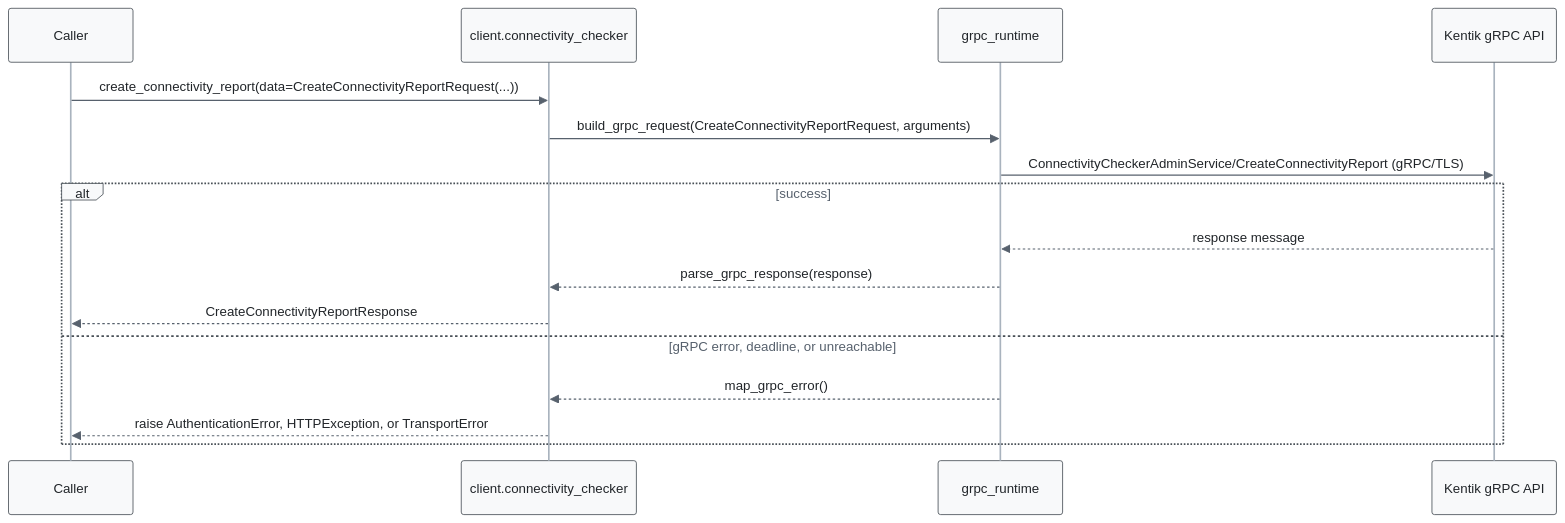
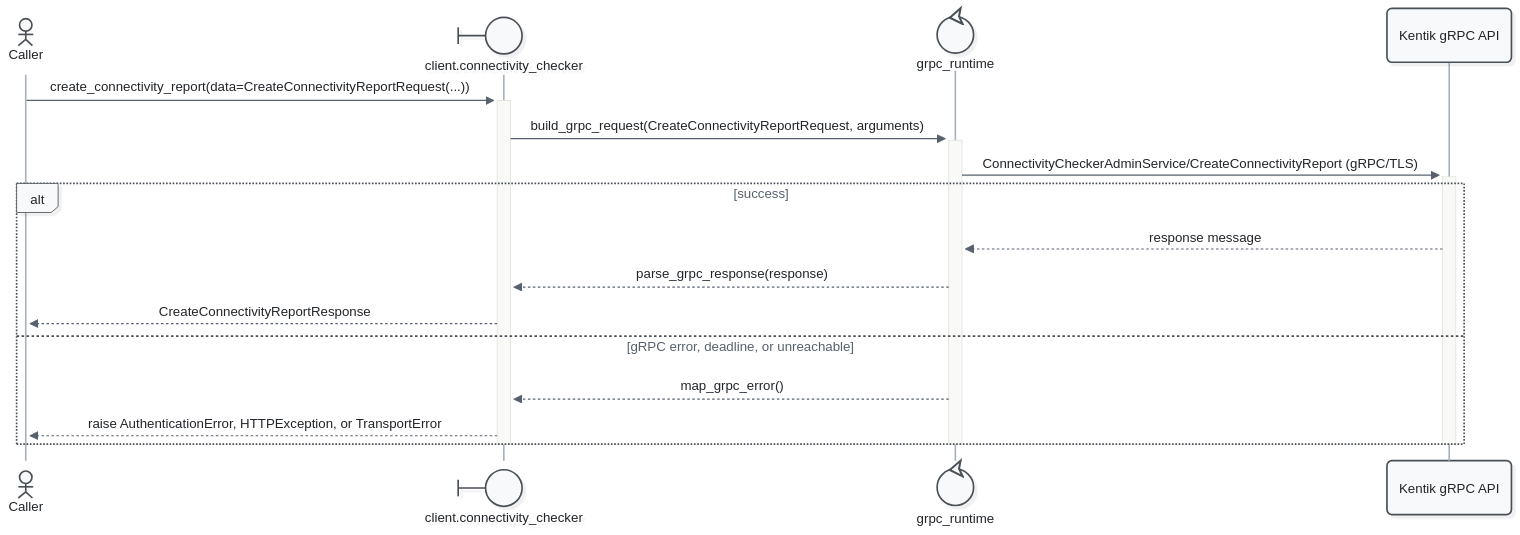
The second of 3 diagrams in docs/sphinx/services/connectivity_checker.md (alexdearaujo/community_sdk_python), drawn with Mermaid before and after one commit. The commit also changed other lines of this file and 52 other files, not shown here.

First line of the commit message:
docs: Mermaid 12 sequence diagrams with participant types and path colors

````diff
--- a/docs/sphinx/services/connectivity_checker.md
+++ b/docs/sphinx/services/connectivity_checker.md
@@ -55,20 +57,23 @@
 ```mermaid
-%%{init: {"theme": "base", "fontFamily": "ui-monospace, SFMono-Regular, Menlo, monospace", "themeVariables": {"fontFamily": "ui-monospace, SFMono-Regular, Menlo, monospace", "primaryColor": "#f8f9fa", "primaryBorderColor": "#495057", "primaryTextColor": "#212529", "textColor": "#212529", "lineColor": "#77818c", "edgeLabelBackground": "#ffffff", "actorBkg": "#f8f9fa", "actorBorder": "#495057", "actorTextColor": "#212529", "actorLineColor": "#a9b3be", "signalColor": "#57616d", "signalTextColor": "#212529", "labelBoxBkgColor": "#f8f9fa", "labelBoxBorderColor": "#495057", "labelTextColor": "#212529", "loopTextColor": "#57616d", "noteBkgColor": "#fff9db", "noteBorderColor": "#f08c00", "noteTextColor": "#a35a00"}, "flowchart": {"curve": "step", "nodeSpacing": 30, "rankSpacing": 70, "wrappingWidth": 400}}}%%
+%%{init: {"theme": "redux", "look": "neo", "layout": "dagre", "fontFamily": "ui-monospace, SFMono-Regular, Menlo, monospace", "themeVariables": {"fontFamily": "ui-monospace, SFMono-Regular, Menlo, monospace", "primaryColor": "#f8f9fa", "primaryBorderColor": "#495057", "primaryTextColor": "#212529", "textColor": "#212529", "lineColor": "#77818c", "edgeLabelBackground": "#ffffff", "actorBkg": "#f8f9fa", "actorBorder": "#495057", "actorTextColor": "#212529", "actorLineColor": "#a9b3be", "signalColor": "#57616d", "signalTextColor": "#212529", "labelBoxBkgColor": "#f8f9fa", "labelBoxBorderColor": "#495057", "labelTextColor": "#212529", "loopTextColor": "#57616d", "noteBkgColor": "#fff9db", "noteBorderColor": "#f08c00", "noteTextColor": "#a35a00"}, "sequence": {"activationWidth": 16}, "flowchart": {"curve": "step", "nodeSpacing": 30, "rankSpacing": 70, "wrappingWidth": 400}}}%%
 sequenceDiagram
-    participant C as Caller
-    participant W as client.connectivity_checker
-    participant R as grpc_runtime
+    actor C as Caller
+    participant W@{ "type": "boundary" } as client.connectivity_checker
+    participant R@{ "type": "control" } as grpc_runtime
     participant API as Kentik gRPC API
 
-    C->>W: create_connectivity_report(data=CreateConnectivityReportRequest(...))
-    W->>R: build_grpc_request(CreateConnectivityReportRequest, arguments)
-    R->>API: ConnectivityCheckerAdminService/CreateConnectivityReport (gRPC/TLS)
+    C->>+W: create_connectivity_report(data=CreateConnectivityReportRequest(...))
+    W->>+R: build_grpc_request(CreateConnectivityReportRequest, arguments)
+    R->>+API: ConnectivityCheckerAdminService/CreateConnectivityReport (gRPC/TLS)
     alt success
         API-->>R: response message
         R-->>W: parse_grpc_response(response)
         W-->>C: CreateConnectivityReportResponse
     else gRPC error, deadline, or unreachable
         R-->>W: map_grpc_error()
         W-->>C: raise AuthenticationError, HTTPException, or TransportError
     end
+    deactivate API
+    deactivate R
+    deactivate W
 ```
````
